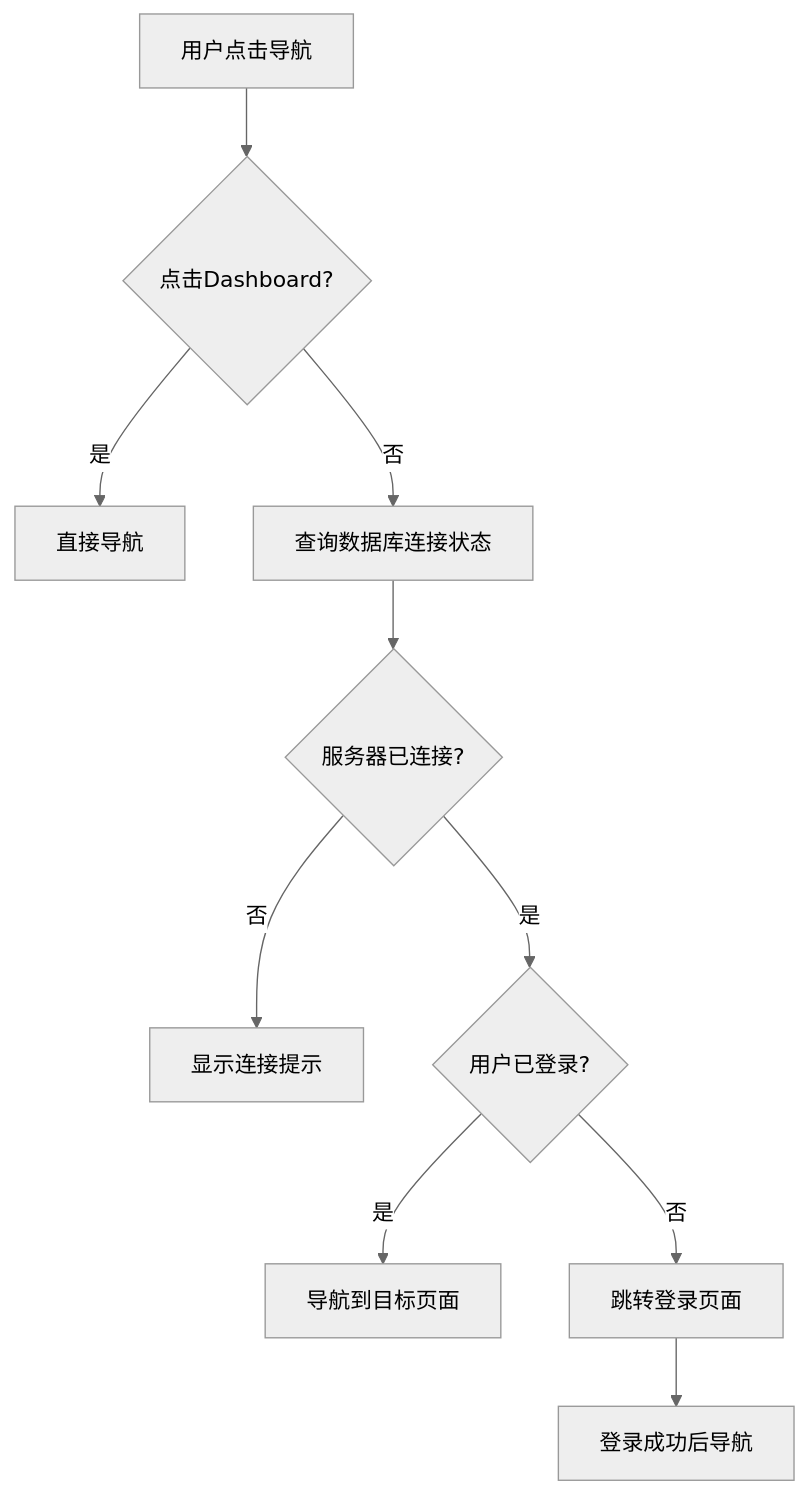
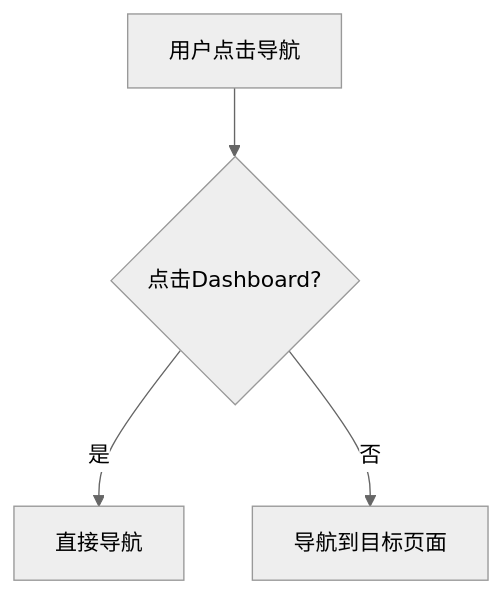
Before and after one commit to terminail/autodroid: diagram 18 of 25 in autodroid-app/DESIGN.md, drawn with Mermaid (neutral theme). The commit also changed other lines of this file and 147 other files, not shown here.

````diff
--- a/autodroid-app/DESIGN.md
+++ b/autodroid-app/DESIGN.md
@@ -960,12 +960,6 @@
 ```mermaid
 flowchart TD
     A[用户点击导航] --> B{点击Dashboard?}
     B -->|是| C[直接导航]
-    B -->|否| D[查询数据库连接状态]
-    D --> E{服务器已连接?}
-    E -->|否| F[显示连接提示]
-    E -->|是| G{用户已登录?}
-    G -->|是| H[导航到目标页面]
-    G -->|否| I[跳转登录页面]
-    I --> J[登录成功后导航]
+    B -->|否| D[导航到目标页面]
 ```
````
